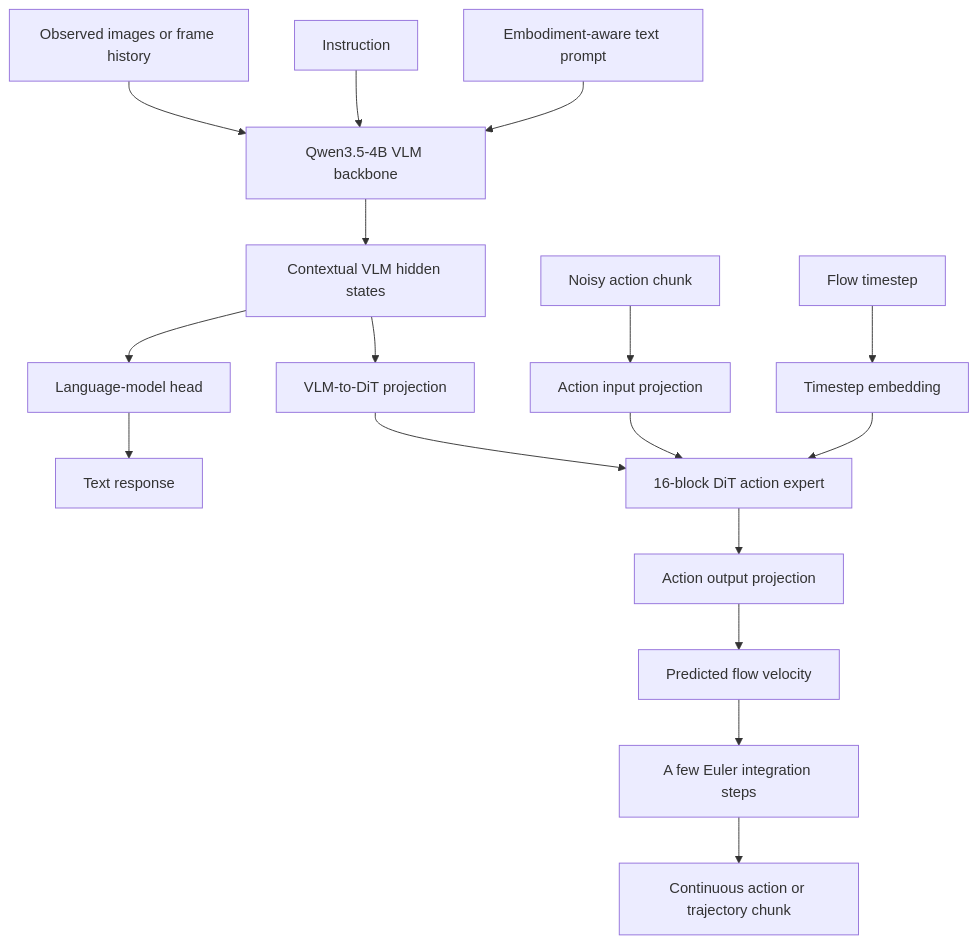
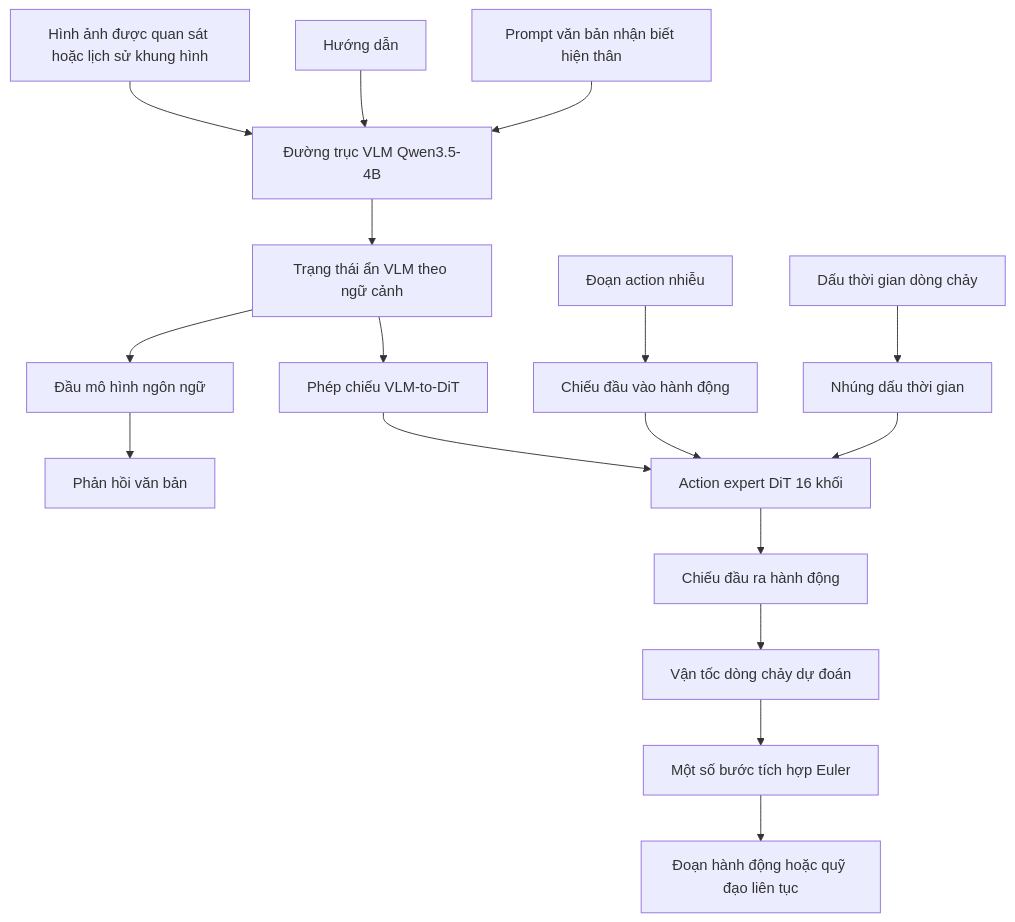
The first of 5 diagrams in docs/research_finding/01-gwen/qwen_models/Qwen-VLA/qwen_vla_details.md (cycler04/VinRobotics-VLA), drawn with Mermaid before and after one commit. The commit also changed other lines of this file and 24 other files, not shown here.

````diff
--- a/docs/research_finding/01-gwen/qwen_models/Qwen-VLA/qwen_vla_details.md
+++ b/docs/research_finding/01-gwen/qwen_models/Qwen-VLA/qwen_vla_details.md
@@ -114,24 +114,24 @@
 ```mermaid
 flowchart TD
-    IMG["Observed images or frame history"] --> VLM["Qwen3.5-4B VLM backbone"]
-    TXT["Instruction"] --> VLM
-    EMB["Embodiment-aware text prompt"] --> VLM
+    IMG["Hình ảnh được quan sát hoặc lịch sử khung hình"] --> VLM["Đường trục VLM Qwen3.5-4B"]
+    TXT["Hướng dẫn"] --> VLM
+    EMB["Prompt văn bản nhận biết hiện thân"] --> VLM
 
-    VLM --> H["Contextual VLM hidden states"]
+    VLM --> H["Trạng thái ẩn VLM theo ngữ cảnh"]
 
-    H --> LM["Language-model head"]
-    LM --> TEXT["Text response"]
+    H --> LM["Đầu mô hình ngôn ngữ"]
+    LM --> TEXT["Phản hồi văn bản"]
 
-    H --> PROJ["VLM-to-DiT projection"]
-    NOISE["Noisy action chunk"] --> AIN["Action input projection"]
-    TIME["Flow timestep"] --> TEMB["Timestep embedding"]
+    H --> PROJ["Phép chiếu VLM-to-DiT"]
+    NOISE["Đoạn action nhiễu"] --> AIN["Chiếu đầu vào hành động"]
+    TIME["Dấu thời gian dòng chảy"] --> TEMB["Nhúng dấu thời gian"]
 
-    PROJ --> DIT["16-block DiT action expert"]
+    PROJ --> DIT["Action expert DiT 16 khối"]
     AIN --> DIT
     TEMB --> DIT
 
-    DIT --> AOUT["Action output projection"]
-    AOUT --> FLOW["Predicted flow velocity"]
-    FLOW --> INT["A few Euler integration steps"]
-    INT --> ACTION["Continuous action or trajectory chunk"]
+    DIT --> AOUT["Chiếu đầu ra hành động"]
+    AOUT --> FLOW["Vận tốc dòng chảy dự đoán"]
+    FLOW --> INT["Một số bước tích hợp Euler"]
+    INT --> ACTION["Đoạn hành động hoặc quỹ đạo liên tục"]
 ```
````
